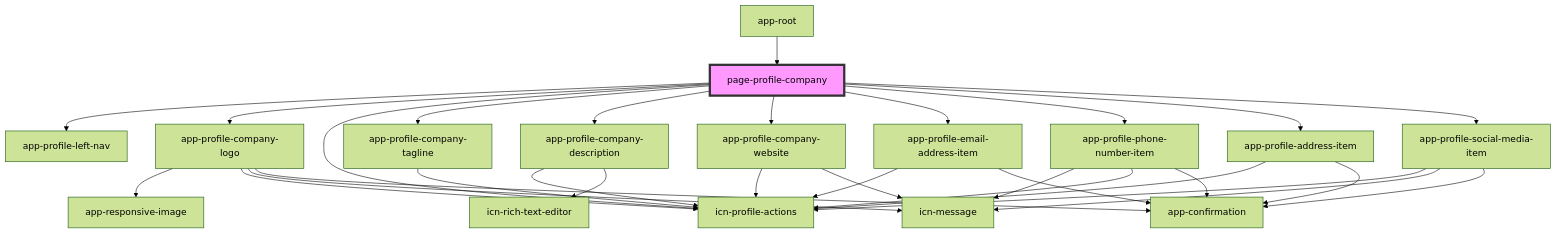
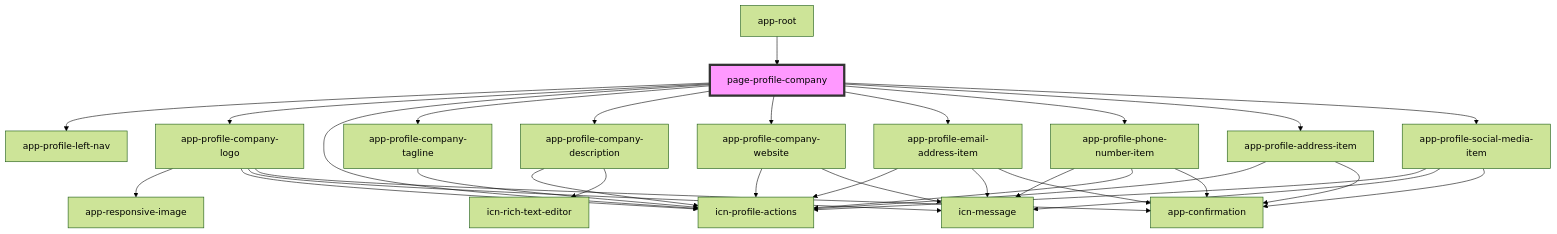
One commit to lokheed/IconEventNetwork.Web changed the diagram in iconeventnetwork-web/src/components/pages/page-profile-company/readme.md. Above: the diagram before and after it, drawn with Mermaid (forest theme). The commit also changed 6 other files, not shown here.

Commit message:
Proper error validation message for email

````diff
--- a/iconeventnetwork-web/src/components/pages/page-profile-company/readme.md
+++ b/iconeventnetwork-web/src/components/pages/page-profile-company/readme.md
@@ -35,34 +35,35 @@
 ```mermaid
 graph TD;
   page-profile-company --> app-profile-left-nav
   page-profile-company --> app-profile-company-logo
   page-profile-company --> icn-profile-actions
   page-profile-company --> app-profile-company-tagline
   page-profile-company --> app-profile-company-description
   page-profile-company --> app-profile-company-website
   page-profile-company --> app-profile-email-address-item
   page-profile-company --> app-profile-phone-number-item
   page-profile-company --> app-profile-address-item
   page-profile-company --> app-profile-social-media-item
   app-profile-company-logo --> app-responsive-image
   app-profile-company-logo --> icn-profile-actions
   app-profile-company-logo --> icn-message
   app-profile-company-logo --> app-confirmation
   app-profile-company-tagline --> icn-profile-actions
   app-profile-company-description --> icn-profile-actions
   app-profile-company-description --> icn-rich-text-editor
   app-profile-company-website --> icn-profile-actions
   app-profile-company-website --> icn-message
   app-profile-email-address-item --> icn-profile-actions
+  app-profile-email-address-item --> icn-message
   app-profile-email-address-item --> app-confirmation
   app-profile-phone-number-item --> icn-message
   app-profile-phone-number-item --> icn-profile-actions
   app-profile-phone-number-item --> app-confirmation
   app-profile-address-item --> icn-profile-actions
   app-profile-address-item --> app-confirmation
   app-profile-social-media-item --> icn-profile-actions
   app-profile-social-media-item --> icn-message
   app-profile-social-media-item --> app-confirmation
   app-root --> page-profile-company
   style page-profile-company fill:#f9f,stroke:#333,stroke-width:4px
 ```
````
